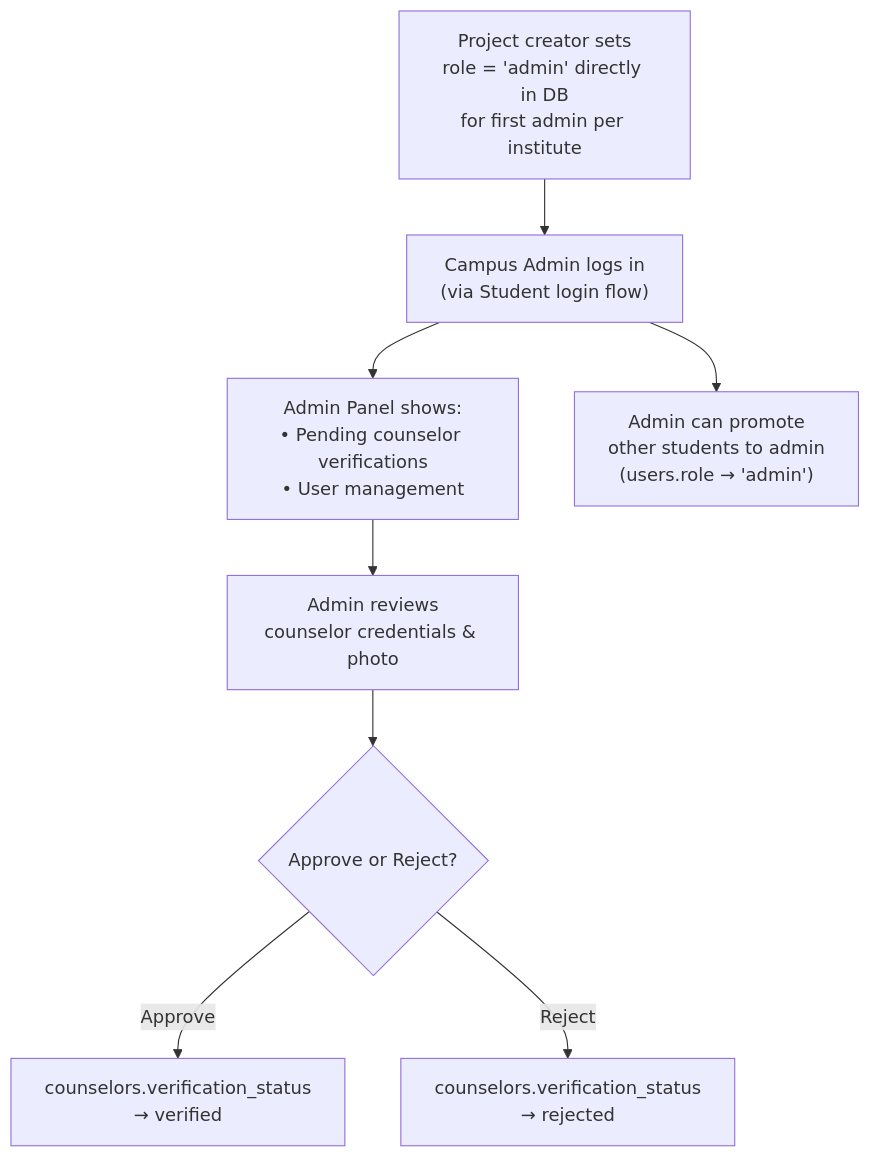
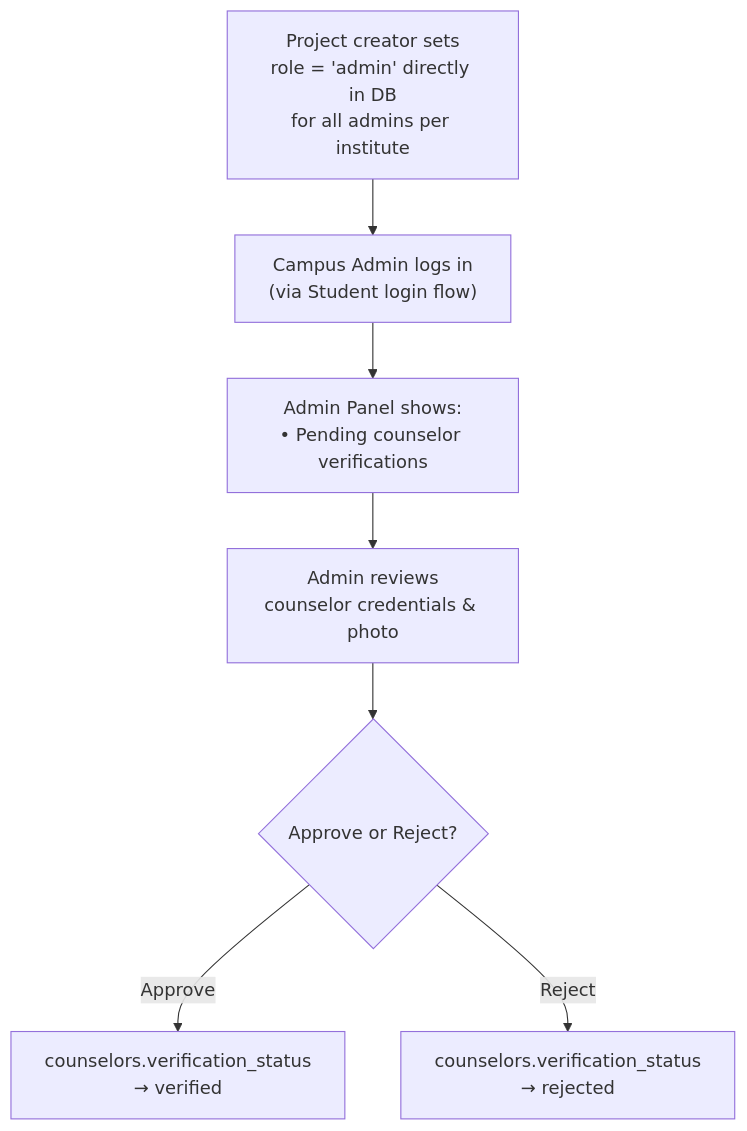
The tenth of 10 diagrams in Doc/workflow_architecture.md (thezeeshaan/TwinSync), drawn with Mermaid before and after one commit. The commit also changed 2 other files, not shown here.

Commit message:
feat: implement initial project structure and foundational features for TwinSync platform

````diff
--- a/Doc/workflow_architecture.md
+++ b/Doc/workflow_architecture.md
@@ -225,10 +225,9 @@
 ```mermaid
 flowchart TD
-    A["Project creator sets\nrole = 'admin' directly in DB\nfor first admin per institute"] --> B["Campus Admin logs in\n(via Student login flow)"]
-    B --> C["Admin Panel shows:\n• Pending counselor verifications\n• User management"]
+    A["Project creator sets\nrole = 'admin' directly in DB\nfor all admins per institute"] --> B["Campus Admin logs in\n(via Student login flow)"]
+    B --> C["Admin Panel shows:\n• Pending counselor verifications"]
     C --> D["Admin reviews\ncounselor credentials & photo"]
     D --> E{"Approve or Reject?"}
     E -->|Approve| F["counselors.verification_status\n→ verified"]
     E -->|Reject| G["counselors.verification_status\n→ rejected"]
-    B --> H["Admin can promote\nother students to admin\n(users.role → 'admin')"]
 ```
````
